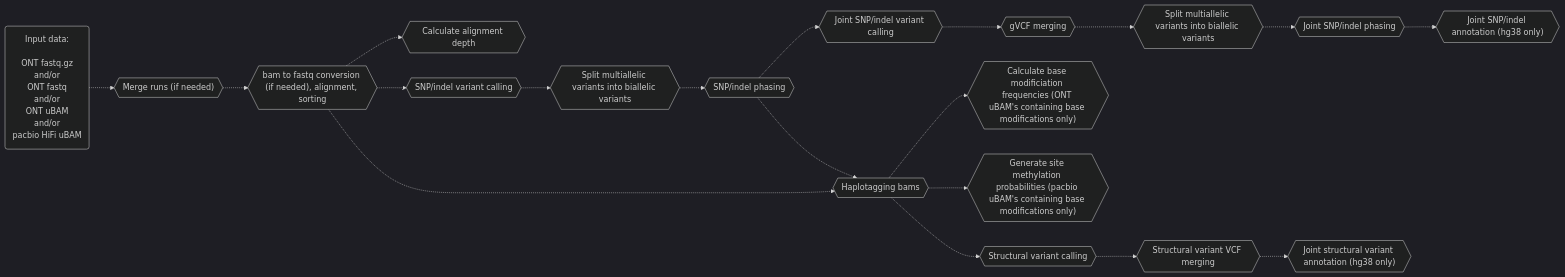
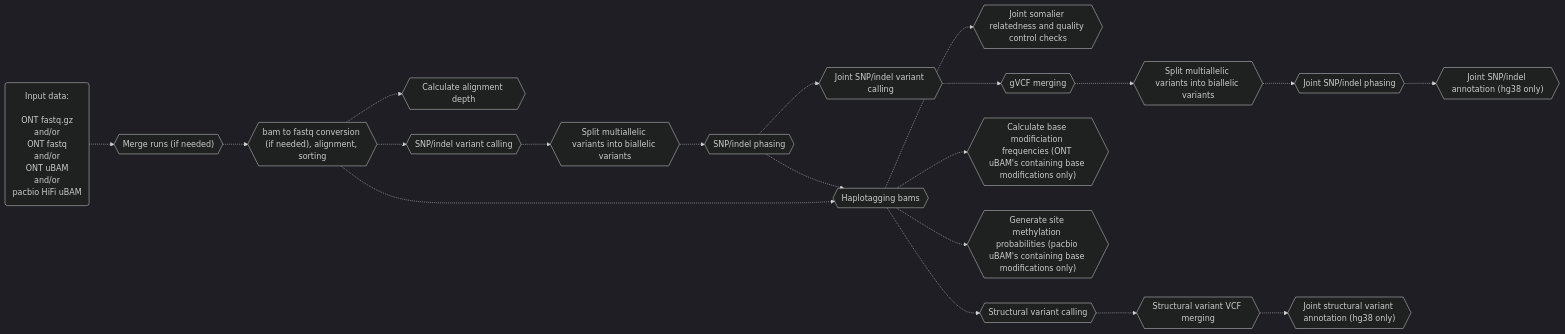
Before and after one commit to leahkemp/pipeface: the second of 4 diagrams in README.md, drawn with Mermaid. The commit also changed other lines of this file and 5 other files, not shown here.

````diff
--- a/README.md
+++ b/README.md
@@ -50,32 +50,34 @@
 ```mermaid
 %%{init: {'theme':'dark'}}%%
 flowchart LR
 
 input_data("Input data: <br><br> ONT fastq.gz <br> and/or <br> ONT fastq <br> and/or <br> ONT uBAM <br> and/or <br> pacbio HiFi uBAM")
 merging{{"Merge runs (if needed)"}}
 alignment{{"bam to fastq conversion (if needed), alignment, sorting"}}
 depth{{"Calculate alignment depth"}}
 snp_indel_calling{{"SNP/indel variant calling"}}
 split_multiallele{{"Split multiallelic variants into biallelic variants"}}
 snp_indel_phasing{{"SNP/indel phasing"}}
 joint_snp_indel_calling{{"Joint SNP/indel variant calling"}}
+joint_somalier{{"Joint somalier relatedness and quality control checks"}}
 gvcf_merging{{"gVCF merging"}}
 joint_split_multiallele{{"Split multiallelic variants into biallelic variants"}}
 joint_snp_indel_phasing{{"Joint SNP/indel phasing"}}
 joint_snp_indel_annotation{{"Joint SNP/indel annotation (hg38 only)"}}
 haplotagging{{"Haplotagging bams"}}
 calculate_base_mod_freqs{{"Calculate base modificiation frequencies (ONT uBAM's containing base modifications only)"}}
 generate_meth_probs{{"Generate site methylation probabilities (pacbio uBAM's containing base modifications only)"}}
 sv_calling{{"Structural variant calling"}}
 sv_vcf_merging{{"Structural variant VCF merging"}}
 joint_sv_annotation{{"Joint structural variant annotation (hg38 only)"}}
 
 input_data-.->merging-.->alignment-.->snp_indel_calling-.->split_multiallele-.->snp_indel_phasing-.->haplotagging-.->sv_calling
 alignment-.->depth
 alignment-.->haplotagging
 haplotagging-.->calculate_base_mod_freqs
 haplotagging-.->generate_meth_probs
+haplotagging-.->joint_somalier
 snp_indel_phasing-.->joint_snp_indel_calling-.->gvcf_merging-.->joint_split_multiallele-.->joint_snp_indel_phasing-.->joint_snp_indel_annotation
 sv_calling-.->sv_vcf_merging-.->joint_sv_annotation
 
 ```
````
